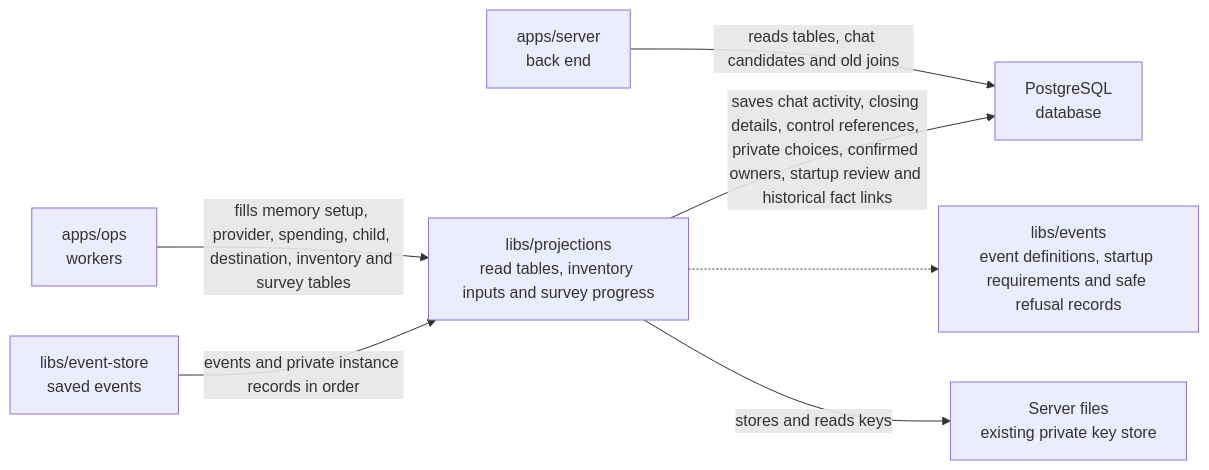
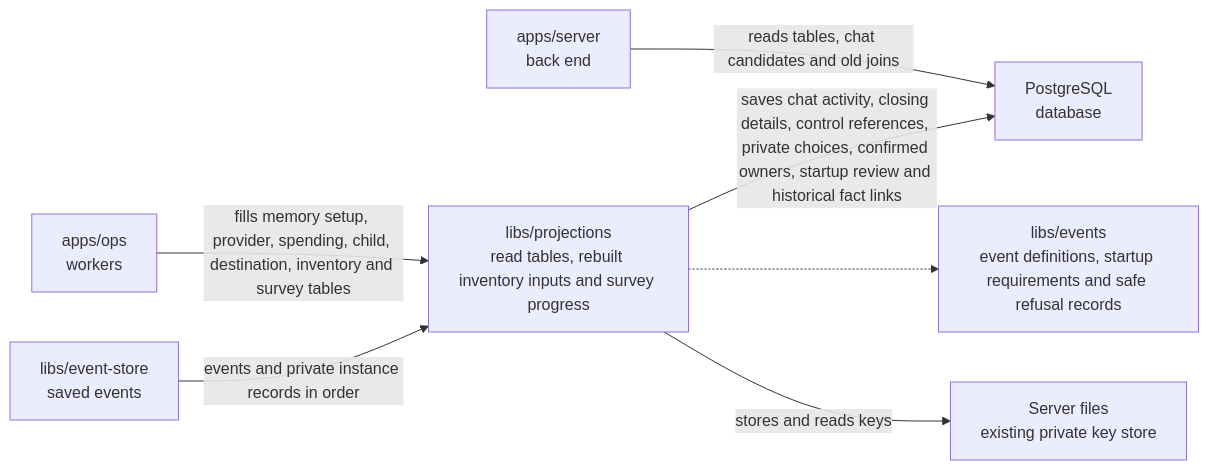
Before and after one commit to elewa-git/opencrane-new: the diagram in libs/projections/README.md, drawn with Mermaid. The commit also changed other lines of this file and 12 other files, not shown here.

````diff
--- a/libs/projections/README.md
+++ b/libs/projections/README.md
@@ -23,9 +23,9 @@
 ```mermaid
 flowchart LR
-  ops["apps/ops<br/>workers"] -->|fills memory setup, provider, spending, child, destination, inventory and survey tables| projections["libs/projections<br/>read tables, inventory inputs and survey progress"]
+  ops["apps/ops<br/>workers"] -->|fills memory setup, provider, spending, child, destination, inventory and survey tables| projections["libs/projections<br/>read tables, rebuilt inventory inputs and survey progress"]
   server["apps/server<br/>back end"] -->|reads tables, chat candidates and old joins| pg["PostgreSQL<br/>database"]
   projections -->|saves chat activity, closing details, control references, private choices, confirmed owners, startup review and historical fact links| pg
   store["libs/event-store<br/>saved events"] -->|events and private instance records in order| projections
   projections -.-> events["libs/events<br/>event definitions, startup requirements and safe refusal records"]
   projections -->|stores and reads keys| keys["Server files<br/>existing private key store"]
 ```
````
